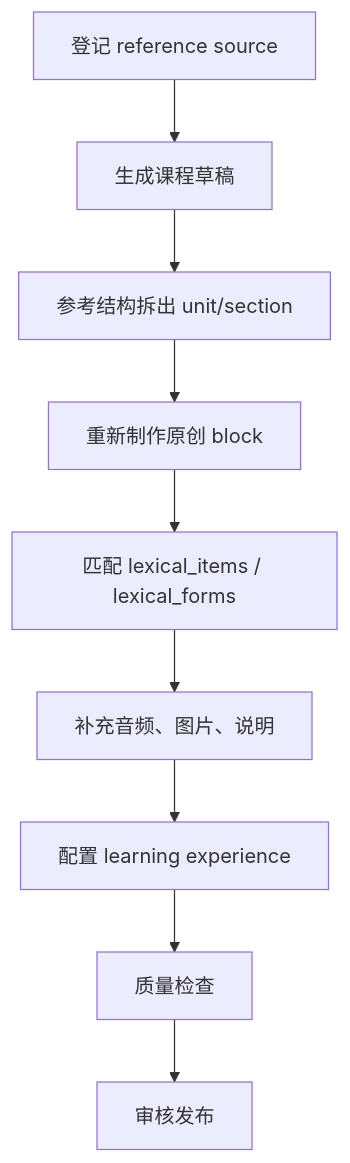
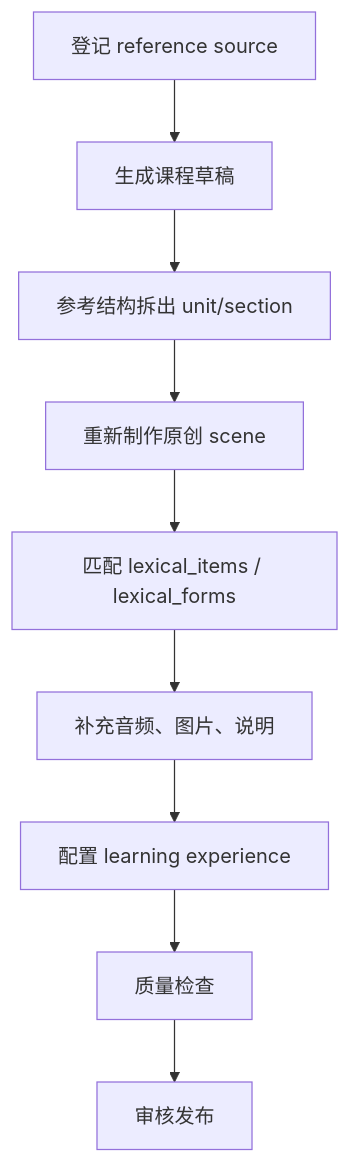
The diagram in docs/project/06-course-storage-design.md (yylzhixian/hskwise), drawn with Mermaid before and after one commit. The commit also changed other lines of this file and 19 other files, not shown here.

````diff
--- a/docs/project/06-course-storage-design.md
+++ b/docs/project/06-course-storage-design.md
@@ -758,11 +887,11 @@
 ```mermaid
 flowchart TB
   A["登记 reference source"] --> B["生成课程草稿"]
   B --> C["参考结构拆出 unit/section"]
-  C --> D["重新制作原创 block"]
+  C --> D["重新制作原创 scene"]
   D --> E["匹配 lexical_items / lexical_forms"]
   E --> F["补充音频、图片、说明"]
   F --> G["配置 learning experience"]
   G --> H["质量检查"]
   H --> I["审核发布"]
 ```
````
